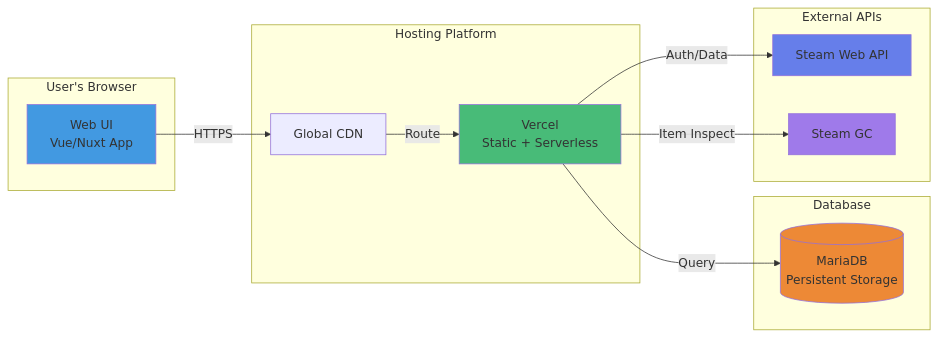
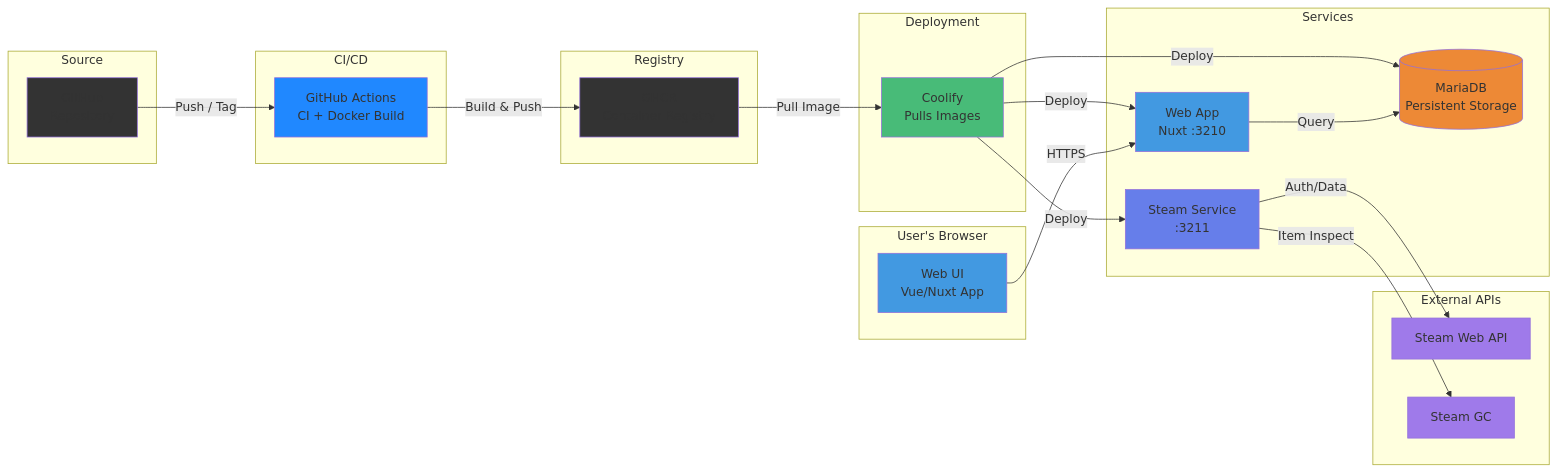
Before and after one commit to sak0a/cs2inspect-web: the diagram in services/docs-site/architecture-deployment.md, drawn with Mermaid. The commit also changed other lines of this file and 22 other files, not shown here.

First line of the commit message:
chore: update documentation for Nuxt 4 migration and deployment practices

````diff
--- a/services/docs-site/architecture-deployment.md
+++ b/services/docs-site/architecture-deployment.md
@@ -7,32 +7,55 @@
 ```mermaid
 graph LR
-    subgraph "User's Browser"
-        UI[Web UI<br/>Vue/Nuxt App]
+    subgraph "Source"
+        GH[GitHub<br/>Repository]
     end
-    
-    subgraph "Hosting Platform"
-        Vercel[Vercel<br/>Static + Serverless]
-        CDN[Global CDN]
+
+    subgraph "CI/CD"
+        GHA[GitHub Actions<br/>CI + Docker Build]
     end
-    
-    subgraph "Database"
+
+    subgraph "Registry"
+        GHCR[GHCR<br/>Container Registry]
+    end
+
+    subgraph "Deployment"
+        Coolify[Coolify<br/>Pulls Images]
+    end
+
+    subgraph "Services"
+        Web[Web App<br/>Nuxt :3210]
+        Steam[Steam Service<br/>:3211]
         MariaDB[(MariaDB<br/>Persistent Storage)]
     end
-    
+
     subgraph "External APIs"
         SteamAPI[Steam Web API]
         SteamGC[Steam GC]
     end
-    
-    UI -->|HTTPS| CDN
-    CDN -->|Route| Vercel
-    Vercel -->|Query| MariaDB
-    Vercel -->|Auth/Data| SteamAPI
-    Vercel -->|Item Inspect| SteamGC
-    
+
+    subgraph "User's Browser"
+        UI[Web UI<br/>Vue/Nuxt App]
+    end
+
+    GH -->|Push / Tag| GHA
+    GHA -->|Build & Push| GHCR
+    GHCR -->|Pull Image| Coolify
+    Coolify -->|Deploy| Web
+    Coolify -->|Deploy| Steam
+    Coolify -->|Deploy| MariaDB
+    Web -->|Query| MariaDB
+    Steam -->|Auth/Data| SteamAPI
+    Steam -->|Item Inspect| SteamGC
+    UI -->|HTTPS| Web
+
+    style GH fill:#333
+    style GHA fill:#2088FF
+    style GHCR fill:#333
+    style Coolify fill:#48bb78
+    style Web fill:#4299e1
+    style Steam fill:#667eea
+    style MariaDB fill:#ed8936
+    style SteamAPI fill:#9f7aea
+    style SteamGC fill:#9f7aea
     style UI fill:#4299e1
-    style Vercel fill:#48bb78
-    style MariaDB fill:#ed8936
-    style SteamAPI fill:#667eea
-    style SteamGC fill:#9f7aea
 ```
````
